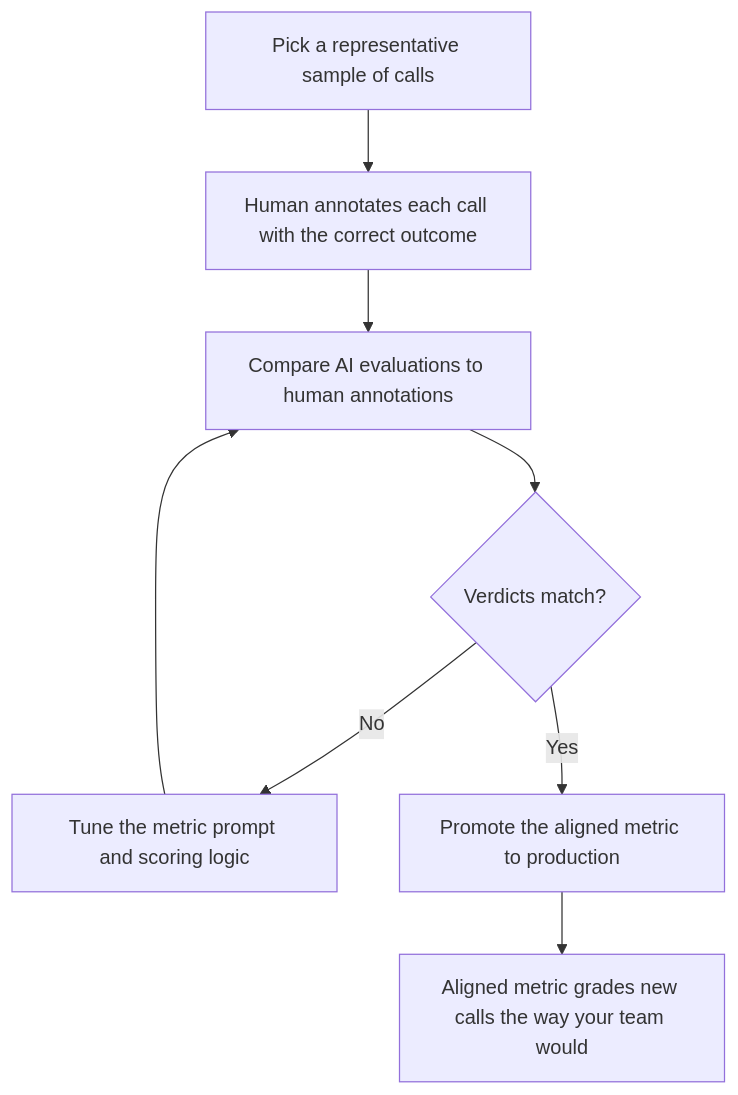
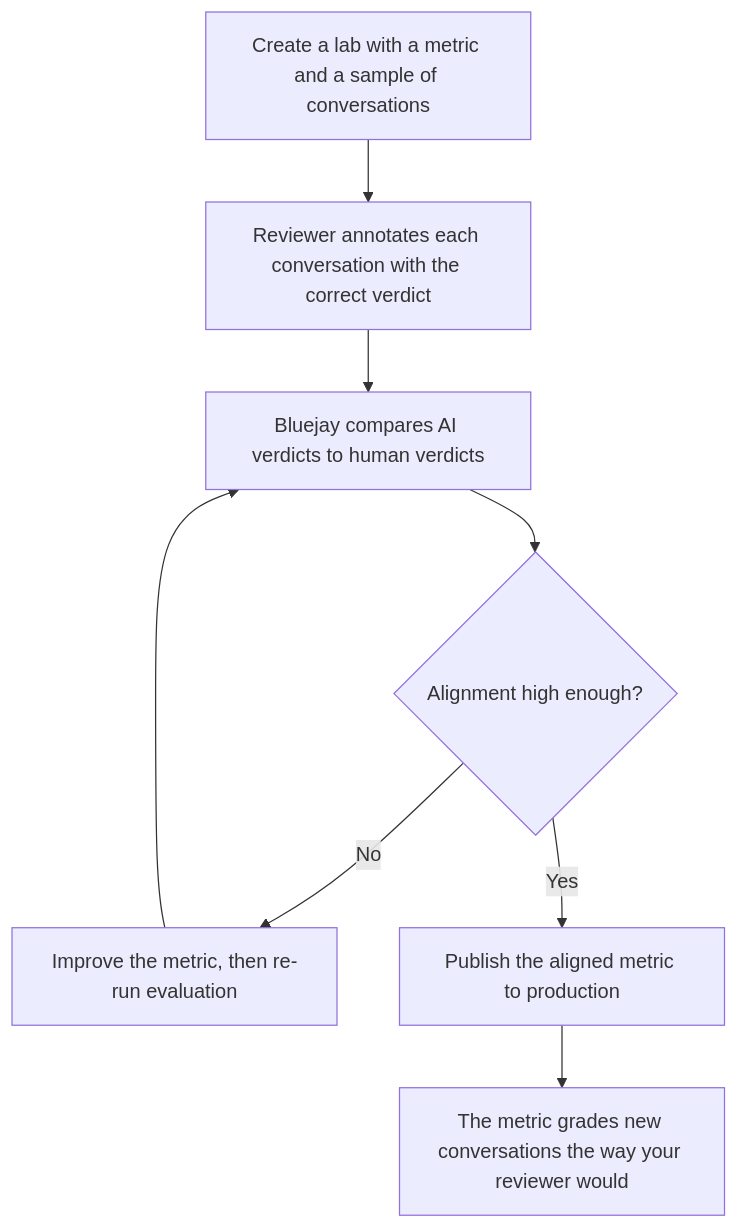
Before and after one commit to bluejay-ai-dev/docs: the diagram in key-concepts/metrics-lab/overview.mdx, drawn with Mermaid. The commit also changed other lines of this file and 4 other files, not shown here.

First line of the commit message:
Rewrite Metrics Lab overview around human-in-the-loop annotation

````diff
--- a/key-concepts/metrics-lab/overview.mdx
+++ b/key-concepts/metrics-lab/overview.mdx
@@ -22,10 +45,10 @@
 ```mermaid
 flowchart TD
-    Calls[Pick a representative sample of calls] --> Annotate[Human annotates each call with the correct outcome]
-    Annotate --> Compare[Compare AI evaluations to human annotations]
-    Compare --> Gap{Verdicts match?}
-    Gap -->|No| Tune[Tune the metric prompt and scoring logic]
-    Tune --> Compare
-    Gap -->|Yes| Promote[Promote the aligned metric to production]
-    Promote --> Generalize[Aligned metric grades new calls the way your team would]
+    Create[Create a lab with a metric and a sample of conversations] --> Annotate[Reviewer annotates each conversation with the correct verdict]
+    Annotate --> Compare[Bluejay compares AI verdicts to human verdicts]
+    Compare --> Score{Alignment high enough?}
+    Score -->|No| Improve[Improve the metric, then re-run evaluation]
+    Improve --> Compare
+    Score -->|Yes| Publish[Publish the aligned metric to production]
+    Publish --> Generalize[The metric grades new conversations the way your reviewer would]
 ```
````
